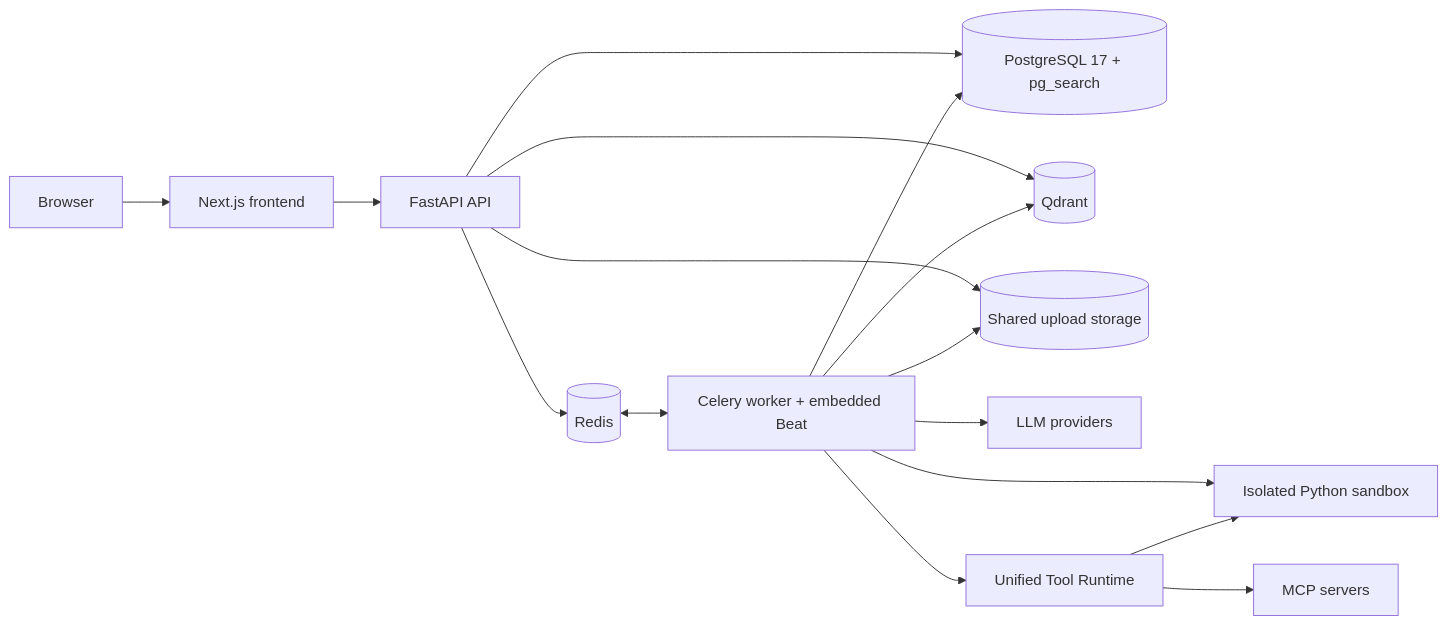
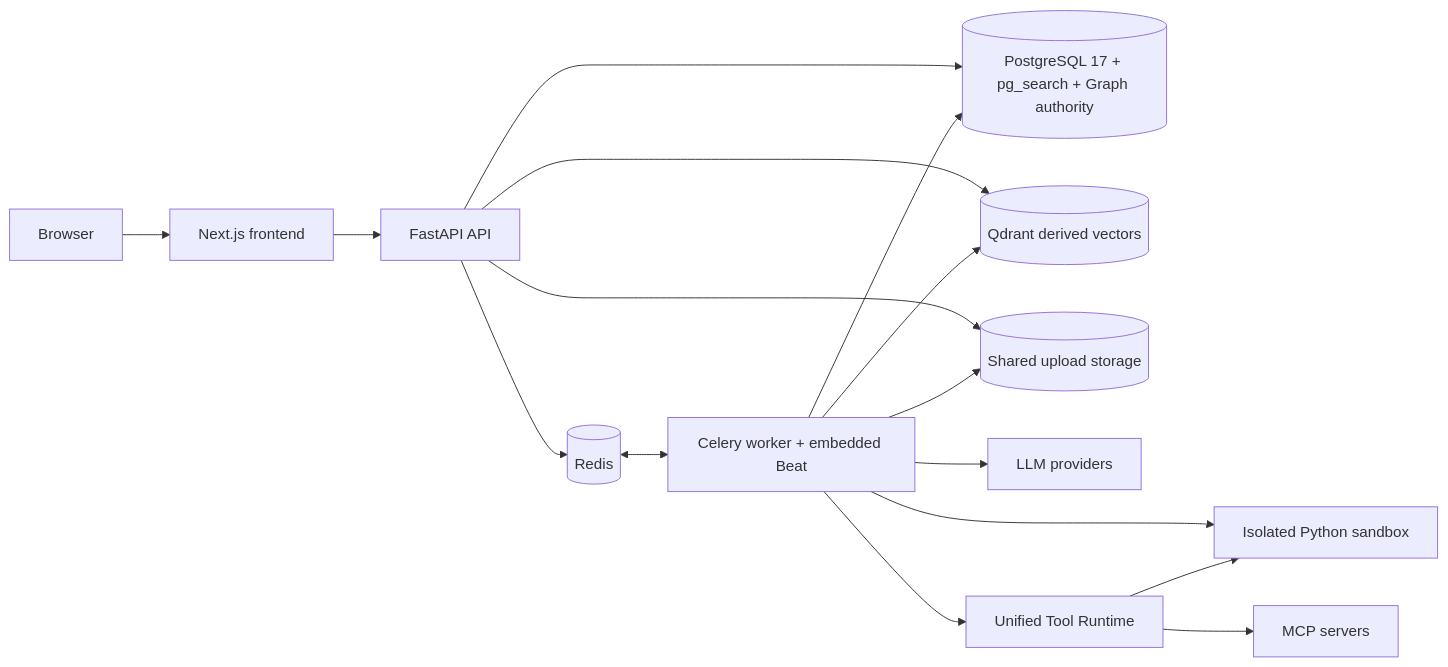
Before and after one commit to IQZZ020501/NexaFlow: the diagram in README.md, drawn with Mermaid. The commit also changed other lines of this file and 30 other files, not shown here.

Commit message:
docs(knowledge): document graph operations

````diff
--- a/README.md
+++ b/README.md
@@ -63,18 +63,18 @@
 ```mermaid
 flowchart LR
     Browser[Browser] --> Web[Next.js frontend]
     Web --> API[FastAPI API]
-    API --> DB[("PostgreSQL 17 + pg_search")]
+    API --> DB[("PostgreSQL 17 + pg_search + Graph authority")]
     API --> Redis[(Redis)]
-    API --> Qdrant[(Qdrant)]
+    API --> Qdrant[("Qdrant derived vectors")]
     API --> Storage[("Shared upload storage")]
     Redis <--> Worker["Celery worker + embedded Beat"]
     Worker --> DB
     Worker --> Qdrant
     Worker --> Storage[(Shared upload storage)]
     Worker --> Sandbox[Isolated Python sandbox]
     Worker --> Models[LLM providers]
     Worker --> ToolRuntime[Unified Tool Runtime]
     ToolRuntime --> Sandbox
     ToolRuntime --> MCP[MCP servers]
 ```
````
